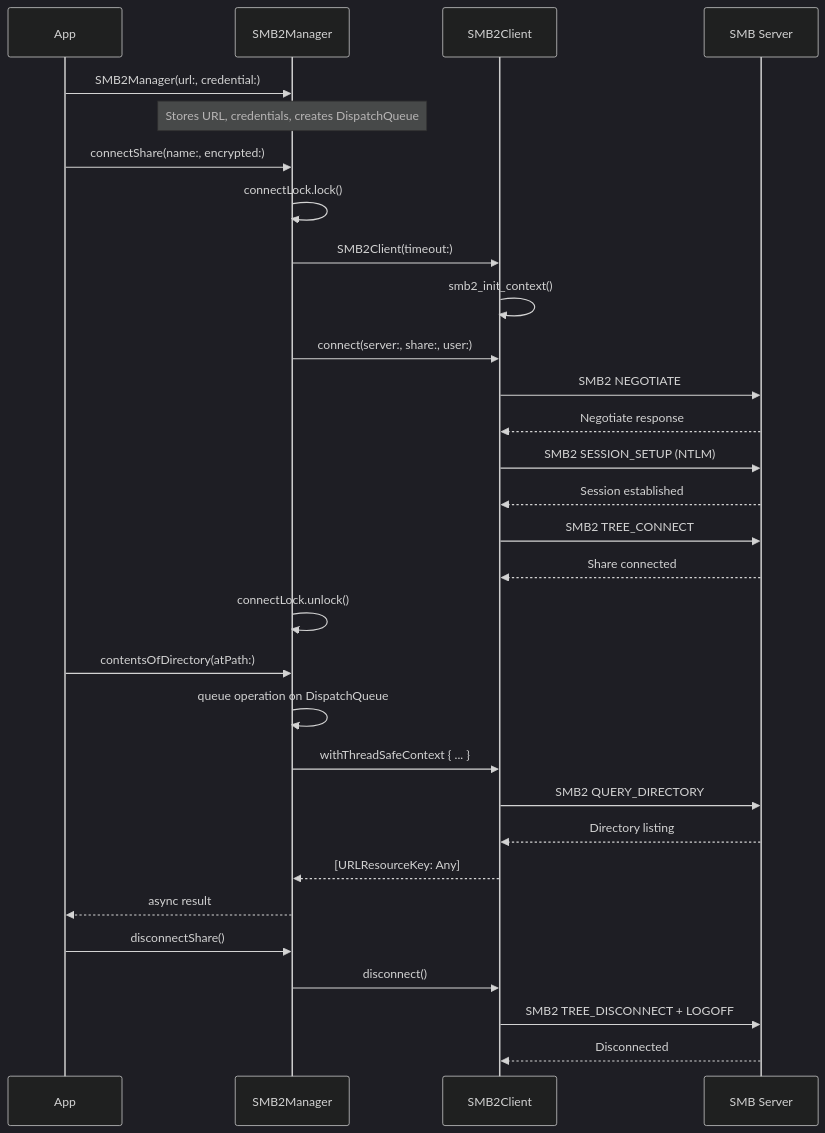
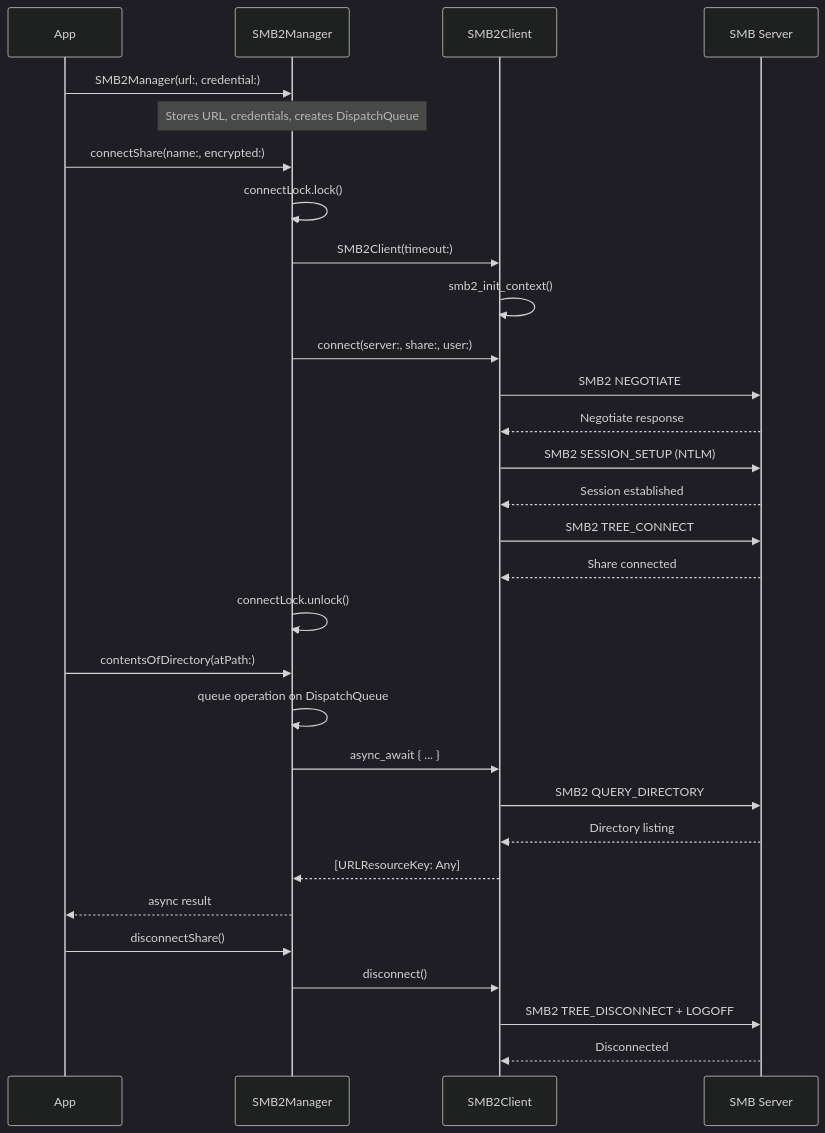
The second of 6 diagrams in docs/ARCHITECTURE.md (simplekube-ro/AMSMB2), drawn with Mermaid (dark theme) before and after one commit. The commit also changed other lines of this file and 2 other files, not shown here.

First line of the commit message:
docs: update architecture, API reference, and README for event loop model

````diff
--- a/docs/ARCHITECTURE.md
+++ b/docs/ARCHITECTURE.md
@@ -42,36 +42,36 @@
 ```mermaid
 sequenceDiagram
     participant App
     participant Manager as SMB2Manager
     participant Client as SMB2Client
     participant Server as SMB Server
 
     App->>Manager: SMB2Manager(url:, credential:)
     Note over Manager: Stores URL, credentials, creates DispatchQueue
 
     App->>Manager: connectShare(name:, encrypted:)
     Manager->>Manager: connectLock.lock()
     Manager->>Client: SMB2Client(timeout:)
     Client->>Client: smb2_init_context()
     Manager->>Client: connect(server:, share:, user:)
     Client->>Server: SMB2 NEGOTIATE
     Server-->>Client: Negotiate response
     Client->>Server: SMB2 SESSION_SETUP (NTLM)
     Server-->>Client: Session established
     Client->>Server: SMB2 TREE_CONNECT
     Server-->>Client: Share connected
     Manager->>Manager: connectLock.unlock()
 
     App->>Manager: contentsOfDirectory(atPath:)
     Manager->>Manager: queue operation on DispatchQueue
-    Manager->>Client: withThreadSafeContext { ... }
+    Manager->>Client: async_await { ... }
     Client->>Server: SMB2 QUERY_DIRECTORY
     Server-->>Client: Directory listing
     Client-->>Manager: [URLResourceKey: Any]
     Manager-->>App: async result
 
     App->>Manager: disconnectShare()
     Manager->>Client: disconnect()
     Client->>Server: SMB2 TREE_DISCONNECT + LOGOFF
     Server-->>Client: Disconnected
 ```
````
